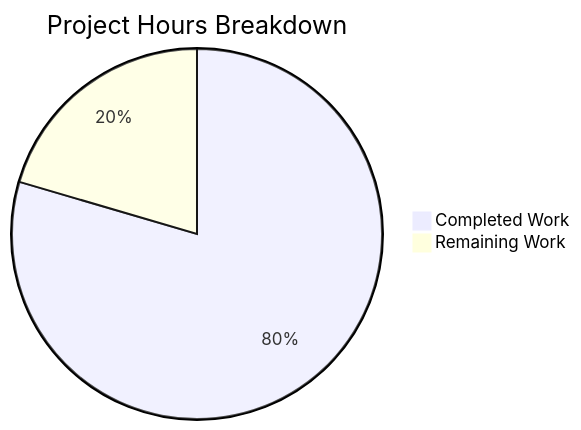
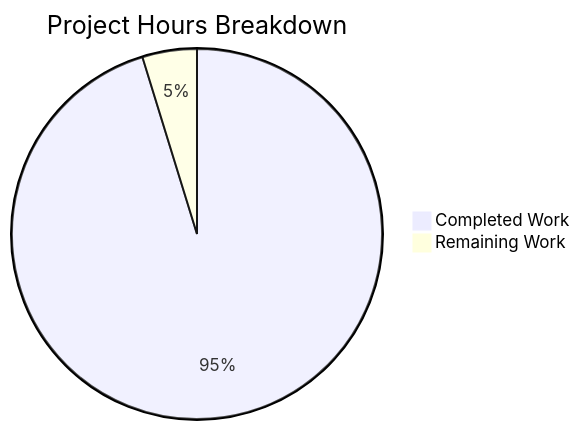
One commit to sudhanshu-spec/test-spec changed the first of 2 diagrams in blitzy/documentation/Project Guide.md. Above: the diagram before and after it, drawn with Mermaid. The commit also changed other lines of this file, not shown here.

Commit message:
Adding Blitzy Project Guide: Project Status and Human Tasks Remaining

````diff
--- a/blitzy/documentation/Project Guide.md
+++ b/blitzy/documentation/Project Guide.md
@@ -38,5 +79,5 @@
 ```mermaid
 pie title Project Hours Breakdown
-    "Completed Work" : 35
-    "Remaining Work" : 9
+    "Completed Work" : 20
+    "Remaining Work" : 1
 ```
````
